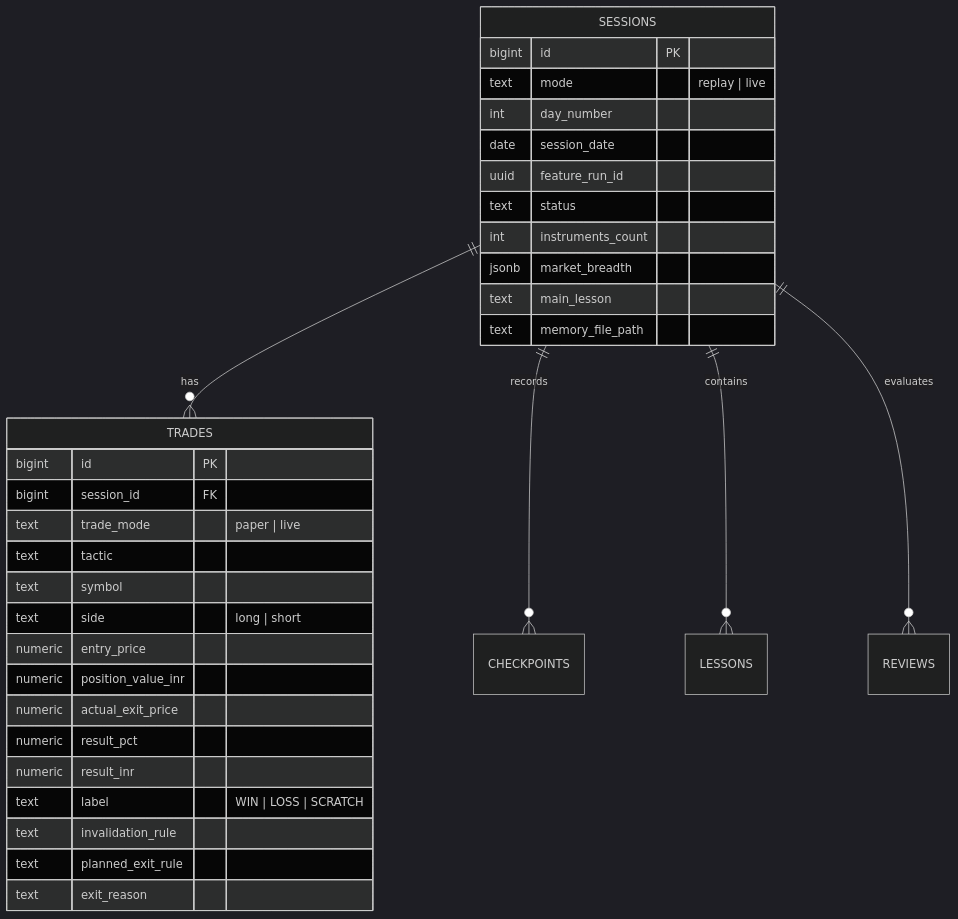
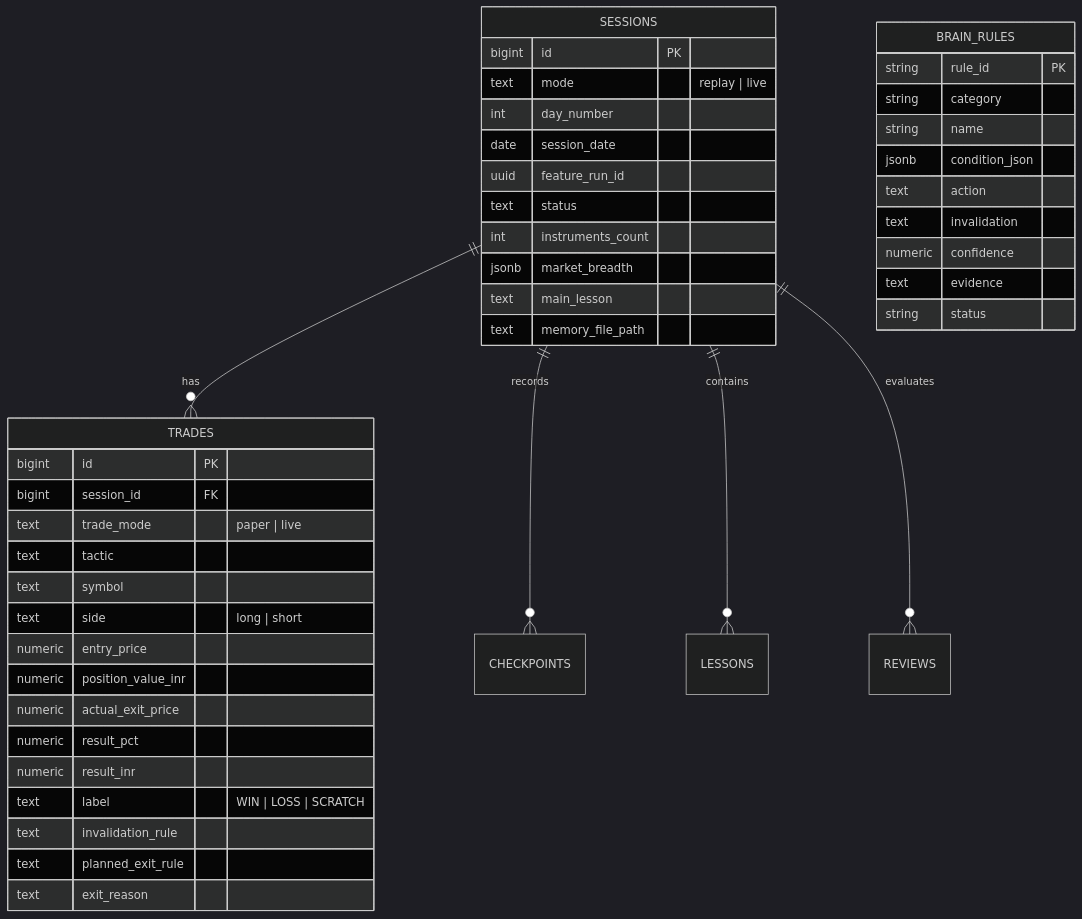
Before and after one commit to manujkathuria/gidh-intraday: the diagram in quant/ai-docs/DATABASE_SCHEMA.md, drawn with Mermaid (dark theme). The commit also changed other lines of this file and 5 other files, not shown here.

Commit message:
feat(quant): implement 3-tier memory-to-intelligence architecture with quant.brain_rules and OPERATING_BRAIN.md

````diff
--- a/quant/ai-docs/DATABASE_SCHEMA.md
+++ b/quant/ai-docs/DATABASE_SCHEMA.md
@@ -9,38 +9,50 @@
 ```mermaid
 erDiagram
     SESSIONS ||--o{ TRADES : has
     SESSIONS ||--o{ CHECKPOINTS : records
     SESSIONS ||--o{ LESSONS : contains
     SESSIONS ||--o{ REVIEWS : evaluates
+
+    BRAIN_RULES {
+        string rule_id PK
+        string category
+        string name
+        jsonb condition_json
+        text action
+        text invalidation
+        numeric confidence
+        text evidence
+        string status
+    }
 
     SESSIONS {
         bigint id PK
         text mode "replay | live"
         int day_number
         date session_date
         uuid feature_run_id
         text status
         int instruments_count
         jsonb market_breadth
         text main_lesson
         text memory_file_path
     }
 
     TRADES {
         bigint id PK
         bigint session_id FK
         text trade_mode "paper | live"
         text tactic
         text symbol
         text side "long | short"
         numeric entry_price
         numeric position_value_inr
         numeric actual_exit_price
         numeric result_pct
         numeric result_inr
         text label "WIN | LOSS | SCRATCH"
         text invalidation_rule
         text planned_exit_rule
         text exit_reason
     }
 ```
````
